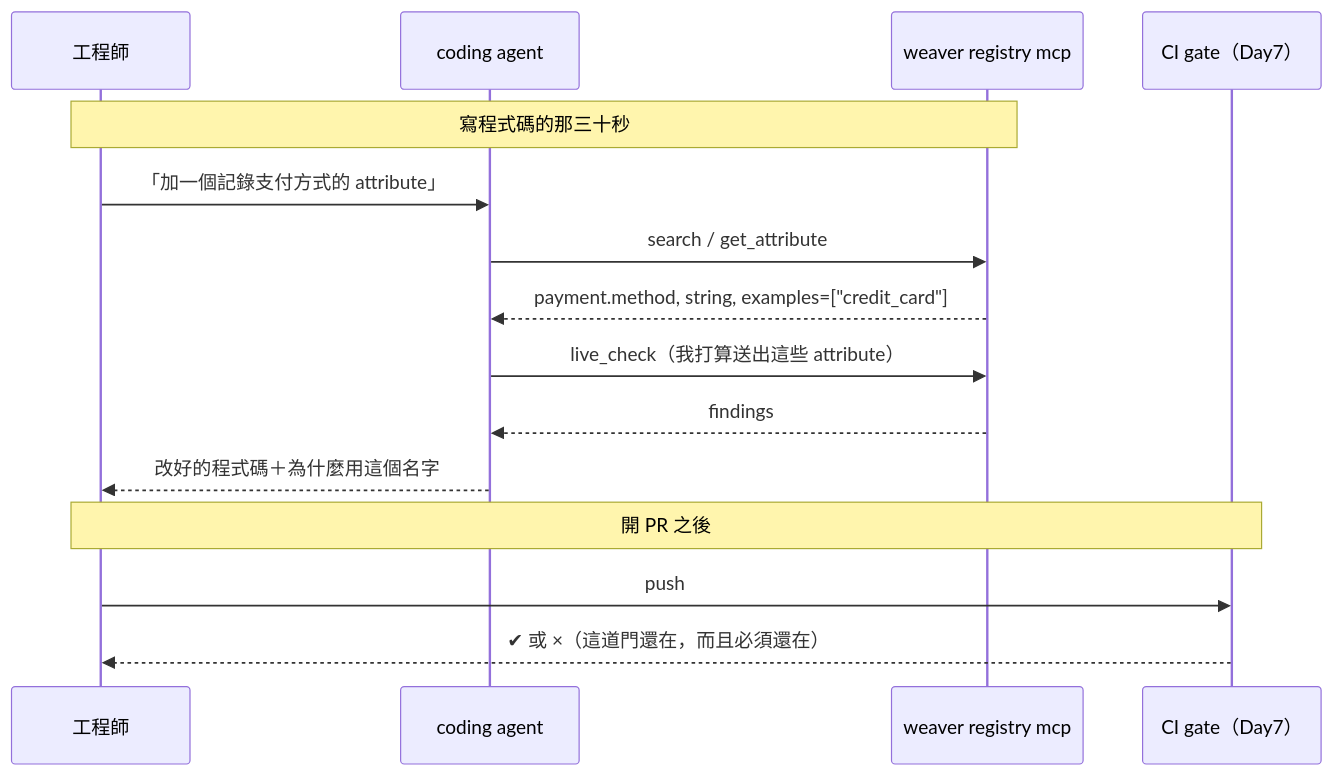
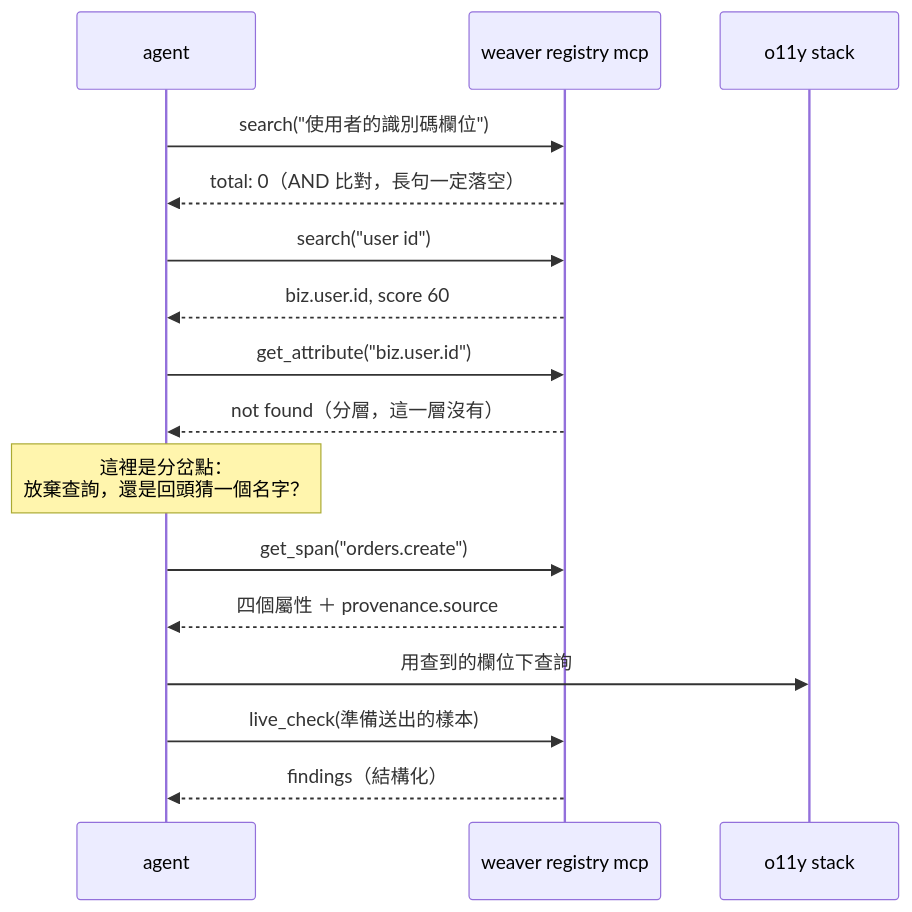
The third of 3 diagrams in weaver-demo/ironman-2026/day10.md (tedmax100/o11y-bench), drawn with Mermaid before and after one commit. The commit also changed other lines of this file and 1 other file, not shown here.

First line of the commit message:
docs(day10): rewrite against the new Day1-9 baseline

````diff
--- a/weaver-demo/ironman-2026/day10.md
+++ b/weaver-demo/ironman-2026/day10.md
@@ -66,19 +237,19 @@
 ```mermaid
 sequenceDiagram
-    participant Dev as 工程師
-    participant Agent as coding agent
-    participant MCP as weaver registry mcp
-    participant CI as CI gate（Day7）
+    participant A as agent
+    participant M as weaver registry mcp
+    participant S as o11y stack
 
-    Note over Dev,MCP: 寫程式碼的那三十秒
-    Dev->>Agent: 「加一個記錄支付方式的 attribute」
-    Agent->>MCP: search / get_attribute
-    MCP-->>Agent: payment.method, string, examples=["credit_card"]
-    Agent->>MCP: live_check（我打算送出這些 attribute）
-    MCP-->>Agent: findings
-    Agent-->>Dev: 改好的程式碼＋為什麼用這個名字
-
-    Note over Dev,CI: 開 PR 之後
-    Dev->>CI: push
-    CI-->>Dev: ✔ 或 ×（這道門還在，而且必須還在）
+    A->>M: search("使用者的識別碼欄位")
+    M-->>A: total: 0（AND 比對，長句一定落空）
+    A->>M: search("user id")
+    M-->>A: biz.user.id, score 60
+    A->>M: get_attribute("biz.user.id")
+    M-->>A: not found（分層，這一層沒有）
+    Note over A: 這裡是分岔點：<br/>放棄查詢，還是回頭猜一個名字？
+    A->>M: get_span("orders.create")
+    M-->>A: 四個屬性 ＋ provenance.source
+    A->>S: 用查到的欄位下查詢
+    A->>M: live_check(準備送出的樣本)
+    M-->>A: findings（結構化）
 ```
````
